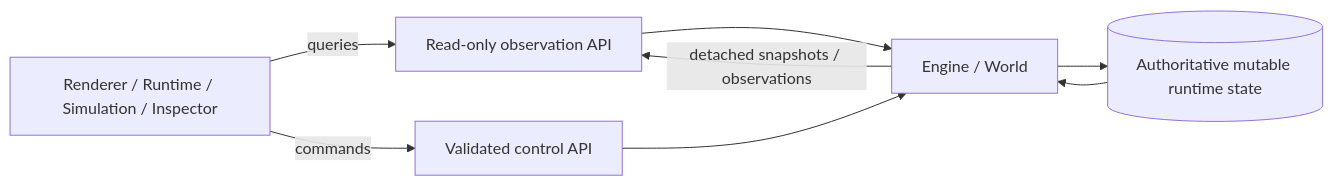
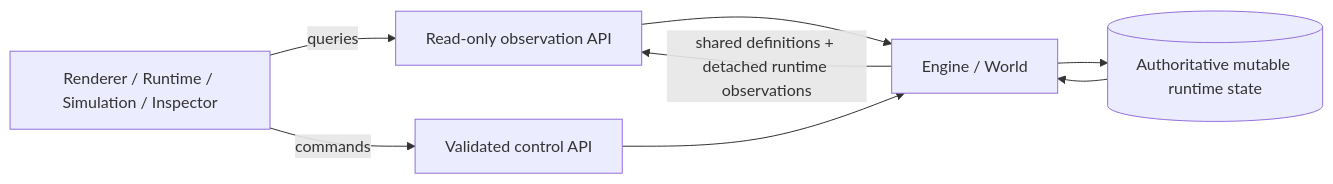
The tenth of 10 diagrams in docs/project/project-map.md (fa-ribeiro/vLab2D), drawn with Mermaid before and after one commit. The commit also changed other lines of this file and 7 other files, not shown here.

````diff
--- a/docs/project/project-map.md
+++ b/docs/project/project-map.md
@@ -232,10 +232,10 @@
 ```mermaid
 flowchart LR
     EXT[Renderer / Runtime / Simulation / Inspector] -->|queries| Q[Read-only observation API]
     Q --> ENG[Engine / World]
     EXT -->|commands| C[Validated control API]
     C --> ENG
     ENG --> STATE[(Authoritative mutable runtime state)]
     STATE --> ENG
-    ENG -->|detached snapshots / observations| Q
+    ENG -->|shared definitions + detached runtime observations| Q
 ```
````
